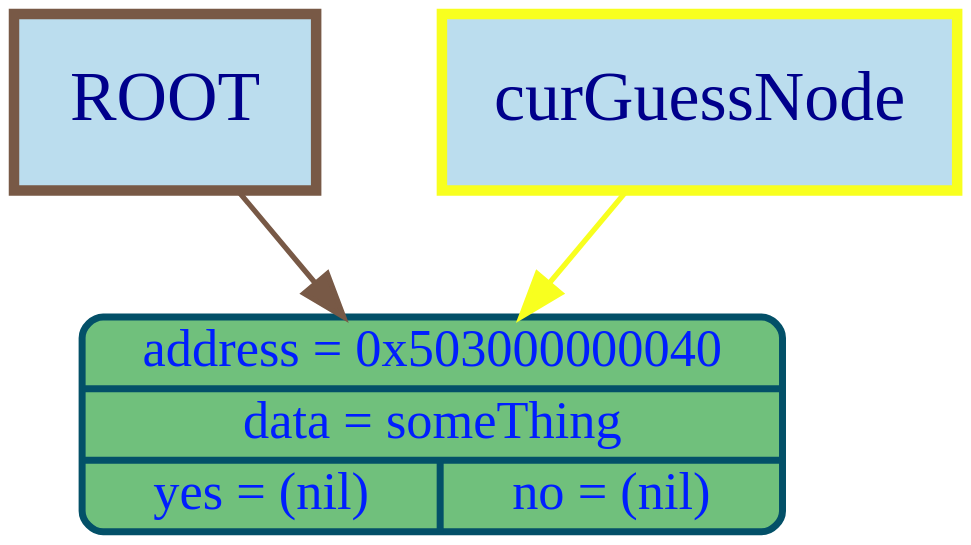
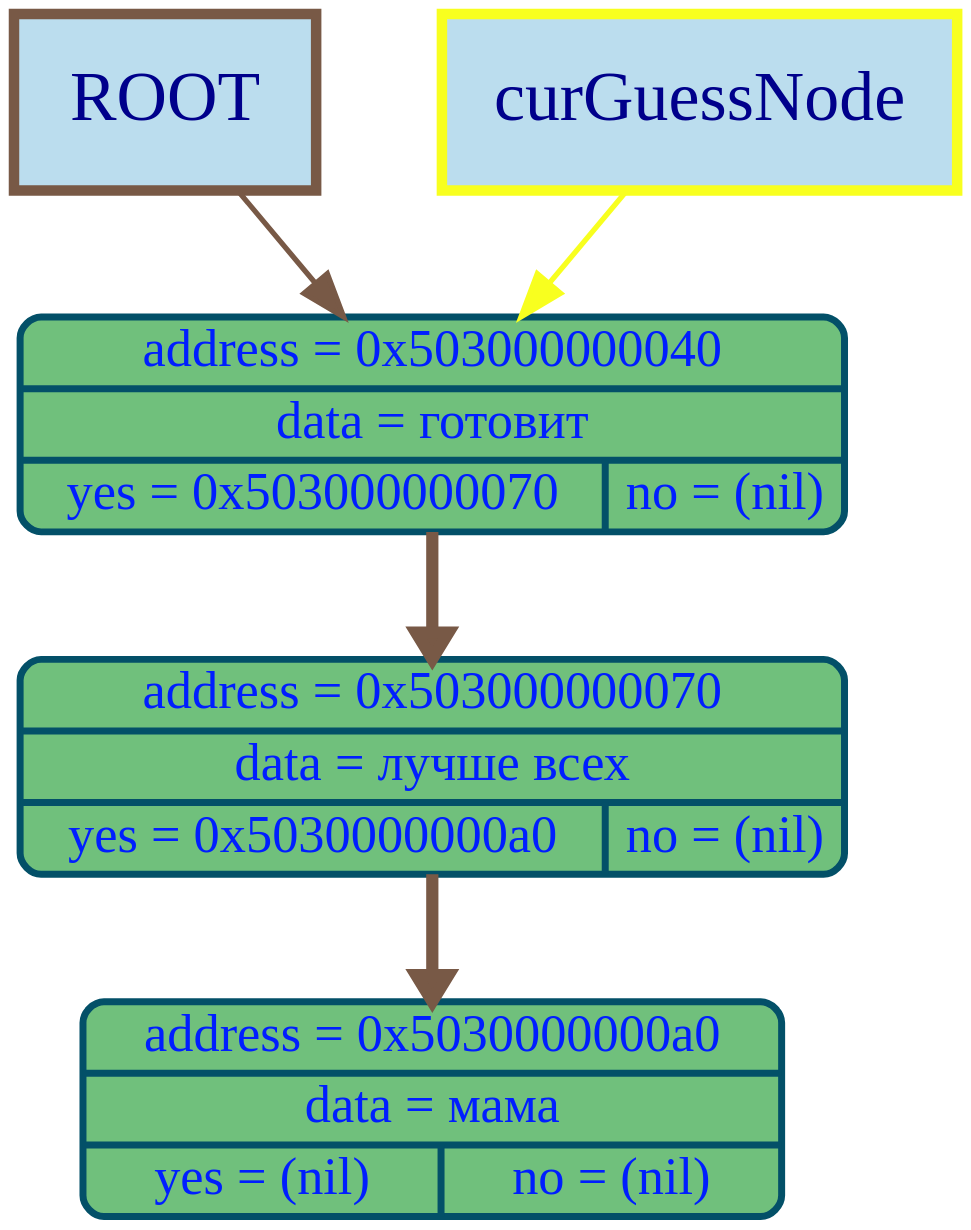
Before and after one commit to timoko3/akinator: the diagram in graphDumps/graphDump.dot, drawn with Graphviz. The commit also changed 25 other files, not shown here.

```diff
--- a/graphDumps/graphDump.dot
+++ b/graphDumps/graphDump.dot
@@ -1,12 +1,16 @@
 digraph G {
 bgcolor="transparent"
 nodesep = 1;
 ranksep = 1
 	node [shape=Mrecord, style="filled", fillcolor="#70c07cff", fontcolor="#001effff", color="#035068ff", penwidth=4, fontname="Menlo", fontsize=30];
 
-	node64 [label="{address = 0x503000000040 | data = someThing | {yes = (nil) | no = (nil)}} "];
+	node64 [label="{address = 0x503000000040 | data = готовит | {yes = 0x503000000070 | no = (nil)}} "];
+	node112 [label="{address = 0x503000000070 | data = лучше всех | {yes = 0x5030000000a0 | no = (nil)}} "];
+	node160 [label="{address = 0x5030000000a0 | data = мама | {yes = (nil) | no = (nil)}} "];
+node64 ->node112 [color="#785946ff", arrowsize=1.5, penwidth=7, weight=1000];
+node112 ->node160 [color="#785946ff", arrowsize=1.5, penwidth=7, weight=1000];
 root_label [shape=box, width = 2.4, height = 1.4, label="ROOT", style="filled", fillcolor="#BBDDEE", color="#785946ff", penwidth = 6,  fontcolor="darkblue", fontsize = 40];
 cur_node_label [shape=box, width = 2.4, height = 1.4, label="curGuessNode", style="filled", fillcolor="#BBDDEE", color="#f8ff1fff", penwidth = 6,  fontcolor="darkblue", fontsize = 40];
 root_label -> node64 [color="#785946ff"  , arrowsize=2.5, penwidth=3];
 cur_node_label -> node64 [color="#f8ff1fff"  , arrowsize=2.5, penwidth=3];
 }
```
